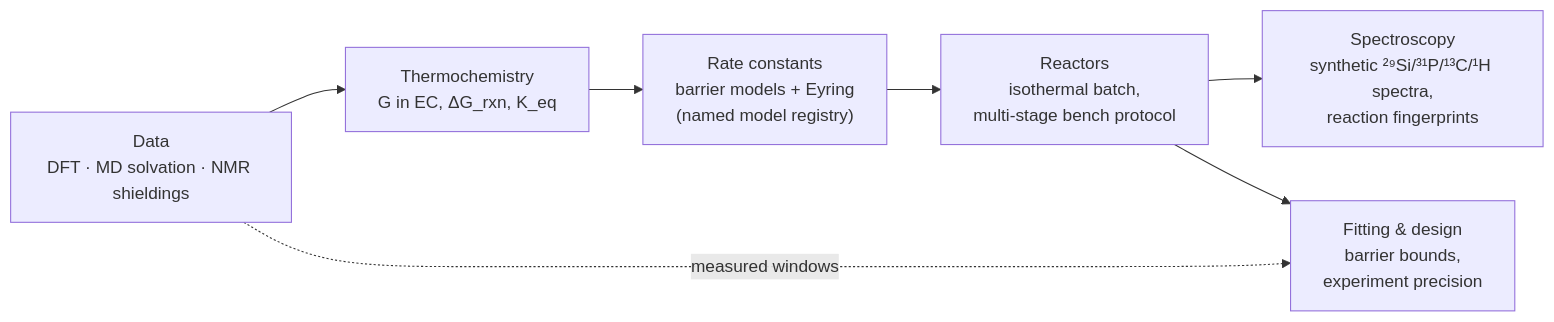
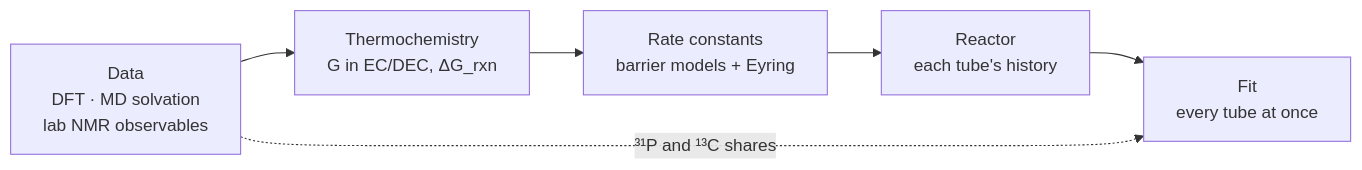
One commit to yralcaraz/atom-to-reactor changed the diagram in README.md. Above: the diagram before and after it, drawn with Mermaid. The commit also changed other lines of this file and 34 other files, not shown here.

````diff
--- a/README.md
+++ b/README.md
@@ -17,9 +22,8 @@
 ```mermaid
 flowchart LR
-    DATA["Data<br/>DFT · MD solvation · NMR shieldings<br/>"] --> THERMO["Thermochemistry<br/>G in EC, ΔG_rxn, K_eq"]
-    THERMO --> RATES["Rate constants<br/>barrier models + Eyring<br/>(named model registry)"]
-    RATES --> REACTOR["Reactors<br/>isothermal batch,<br/>multi-stage bench protocol"]
-    REACTOR --> NMR["Spectroscopy<br/>synthetic ²⁹Si/³¹P/¹³C/¹H spectra,<br/>reaction fingerprints"]
-    REACTOR --> FIT["Fitting & design<br/>barrier bounds,<br/>experiment precision"]
-    DATA -. "measured windows" .-> FIT
+    DATA["Data<br/>DFT · MD solvation<br/>lab NMR observables"] --> THERMO["Thermochemistry<br/>G in EC/DEC, ΔG_rxn"]
+    THERMO --> RATES["Rate constants<br/>barrier models + Eyring"]
+    RATES --> REACTOR["Reactor<br/>each tube's history"]
+    REACTOR --> FIT["Fit<br/>every tube at once"]
+    DATA -. "³¹P and ¹³C shares" .-> FIT
 ```
````
